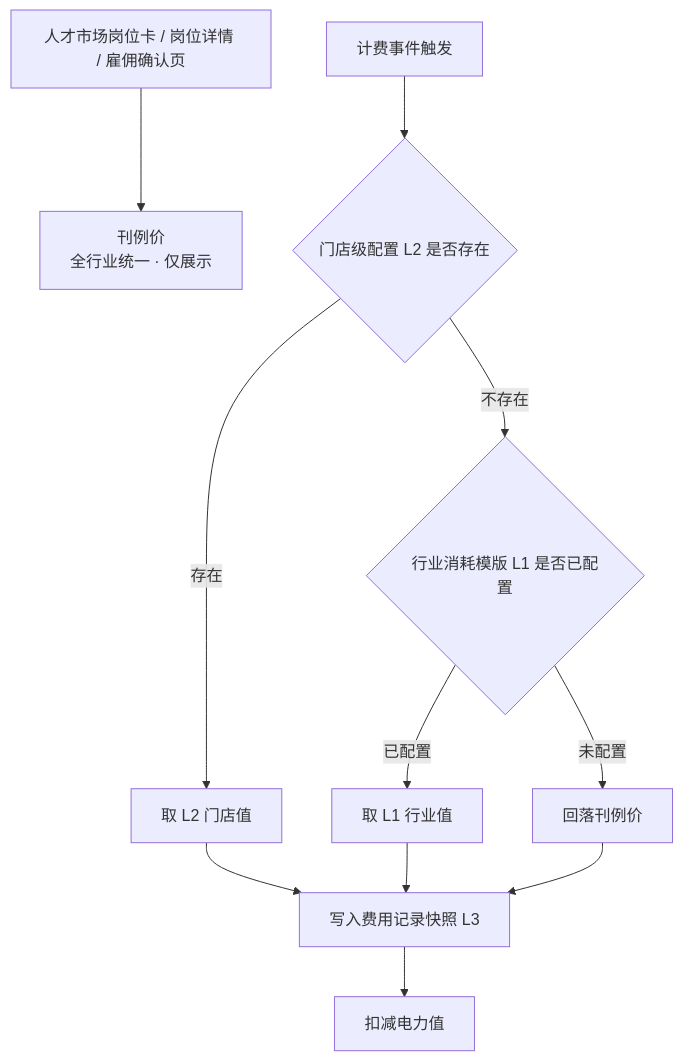
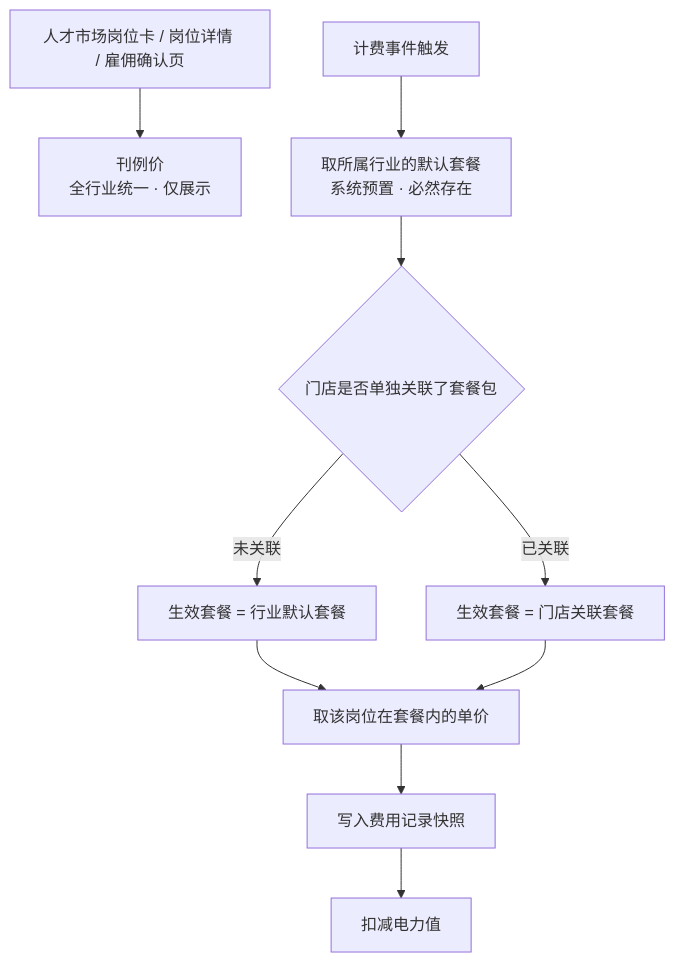
The first of 2 diagrams in docs/prd/PRD-v1.4-计费规则.md (hunterandrabbits-a11y/AI-Army), drawn with Mermaid before and after one commit. The commit also changed other lines of this file and 4 other files, not shown here.

````diff
--- a/docs/prd/PRD-v1.4-计费规则.md
+++ b/docs/prd/PRD-v1.4-计费规则.md
@@ -80,13 +80,12 @@
 ```mermaid
 flowchart TD
     A[人才市场岗位卡 / 岗位详情 / 雇佣确认页] --> P[刊例价<br>全行业统一 · 仅展示]
-    B[计费事件触发] --> C{门店级配置 L2 是否存在}
-    C -->|存在| D[取 L2 门店值]
-    C -->|不存在| E{行业消耗模版 L1 是否已配置}
-    E -->|已配置| F[取 L1 行业值]
-    E -->|未配置| G[回落刊例价]
-    D --> H[写入费用记录快照 L3]
-    F --> H
-    G --> H
+    B[计费事件触发] --> C[取所属行业的默认套餐<br>系统预置 · 必然存在]
+    C --> D{门店是否单独关联了套餐包}
+    D -->|未关联| E[生效套餐 = 行业默认套餐]
+    D -->|已关联| F[生效套餐 = 门店关联套餐]
+    E --> G[取该岗位在套餐内的单价]
+    F --> G
+    G --> H[写入费用记录快照]
     H --> I[扣减电力值]
 ```
````
